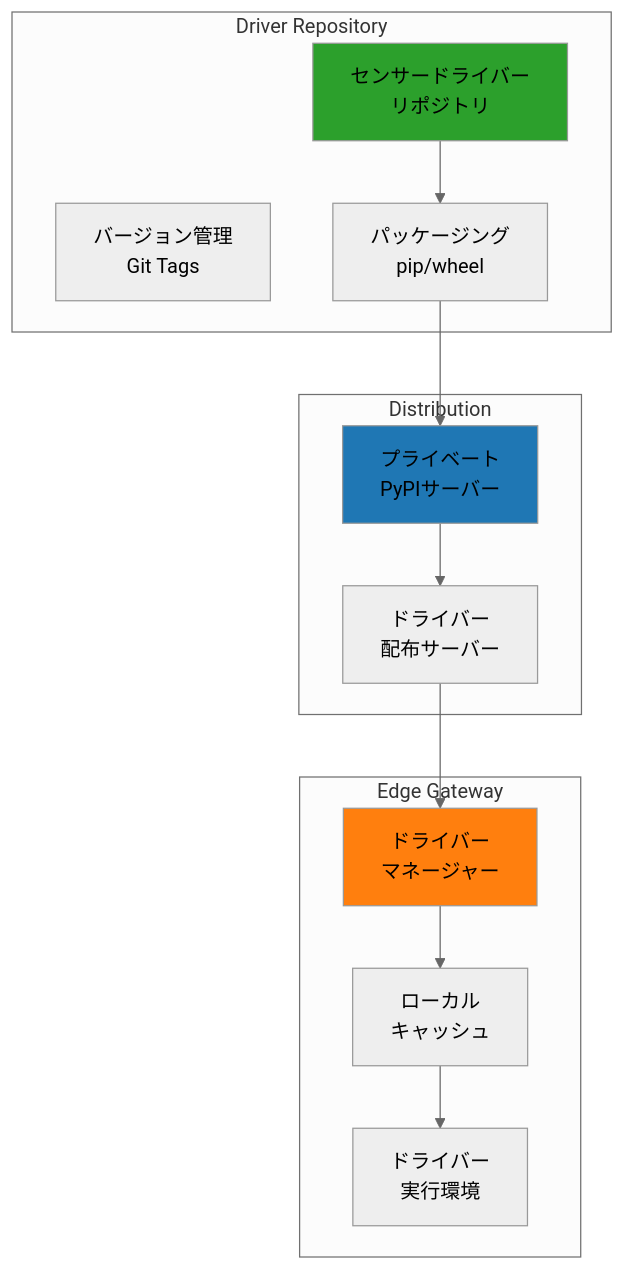
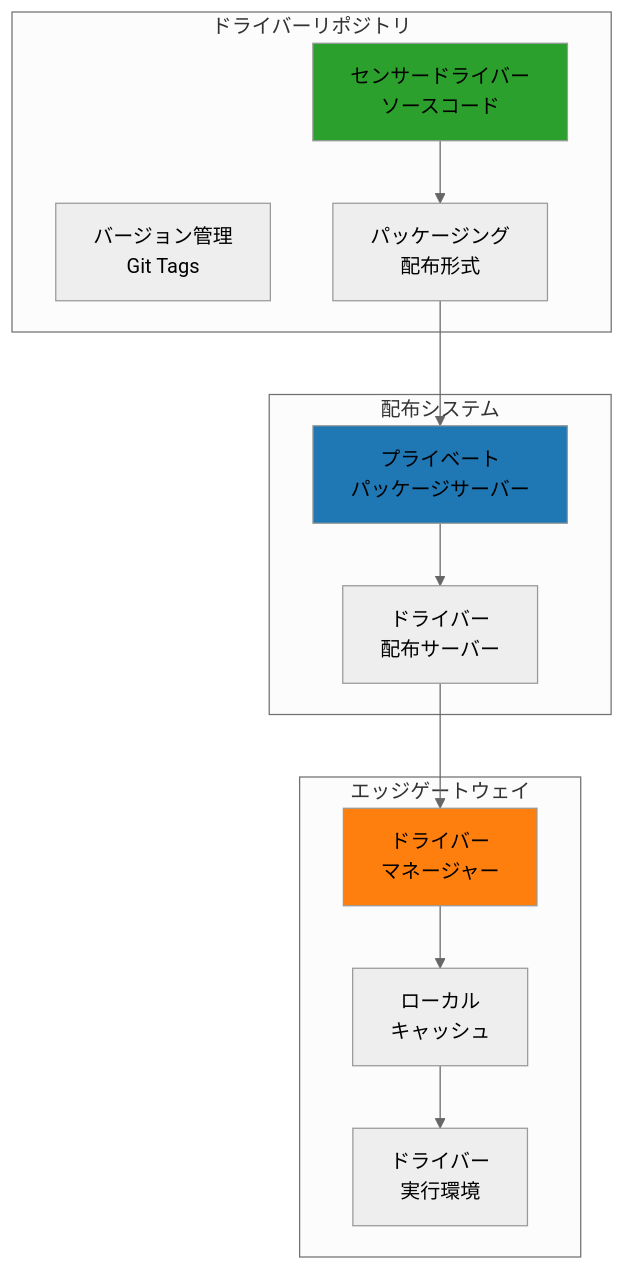
One commit to w-pinkietech/iot4-copy changed the diagram in docs/new-system/architecture/sensor-drivers.md. Above: the diagram before and after it, drawn with Mermaid (neutral theme). The commit also changed other lines of this file and 11 other files, not shown here.

````diff
--- a/docs/new-system/architecture/sensor-drivers.md
+++ b/docs/new-system/architecture/sensor-drivers.md
@@ -34,30 +34,30 @@
 ```mermaid
 graph TB
-    subgraph "Driver Repository"
-        Repo[センサードライバー<br/>リポジトリ]
+    subgraph "ドライバーリポジトリ"
+        Repo[センサードライバー<br/>ソースコード]
         Version[バージョン管理<br/>Git Tags]
-        Package[パッケージング<br/>pip/wheel]
+        Package[パッケージング<br/>配布形式]
     end
     
-    subgraph "Distribution"
-        Registry[プライベート<br/>PyPIサーバー]
+    subgraph "配布システム"
+        Registry[プライベート<br/>パッケージサーバー]
         CDN[ドライバー<br/>配布サーバー]
     end
     
-    subgraph "Edge Gateway"
+    subgraph "エッジゲートウェイ"
         Manager[ドライバー<br/>マネージャー]
         Cache[ローカル<br/>キャッシュ]
         Runtime[ドライバー<br/>実行環境]
     end
     
     Repo --> Package
     Package --> Registry
     Registry --> CDN
     CDN --> Manager
     Manager --> Cache
     Cache --> Runtime
     
     style Repo fill:#2ca02c
     style Registry fill:#1f77b4
     style Manager fill:#ff7f0e
 ```
````
